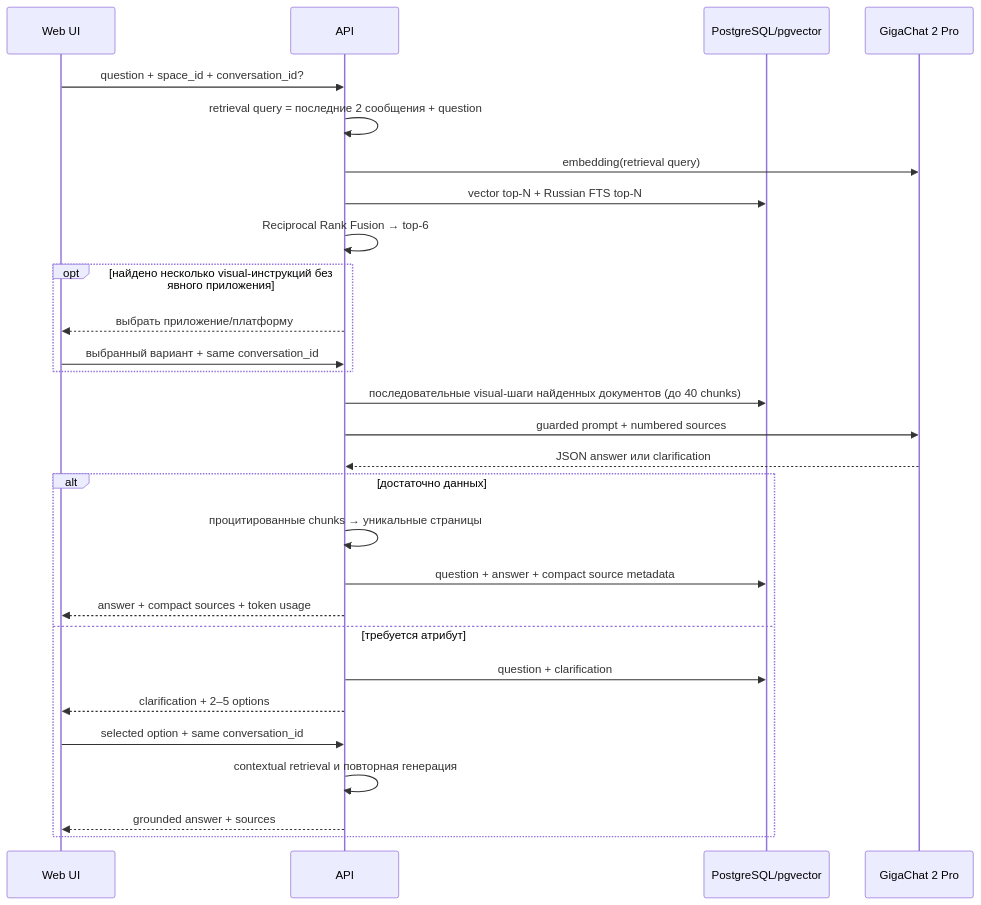
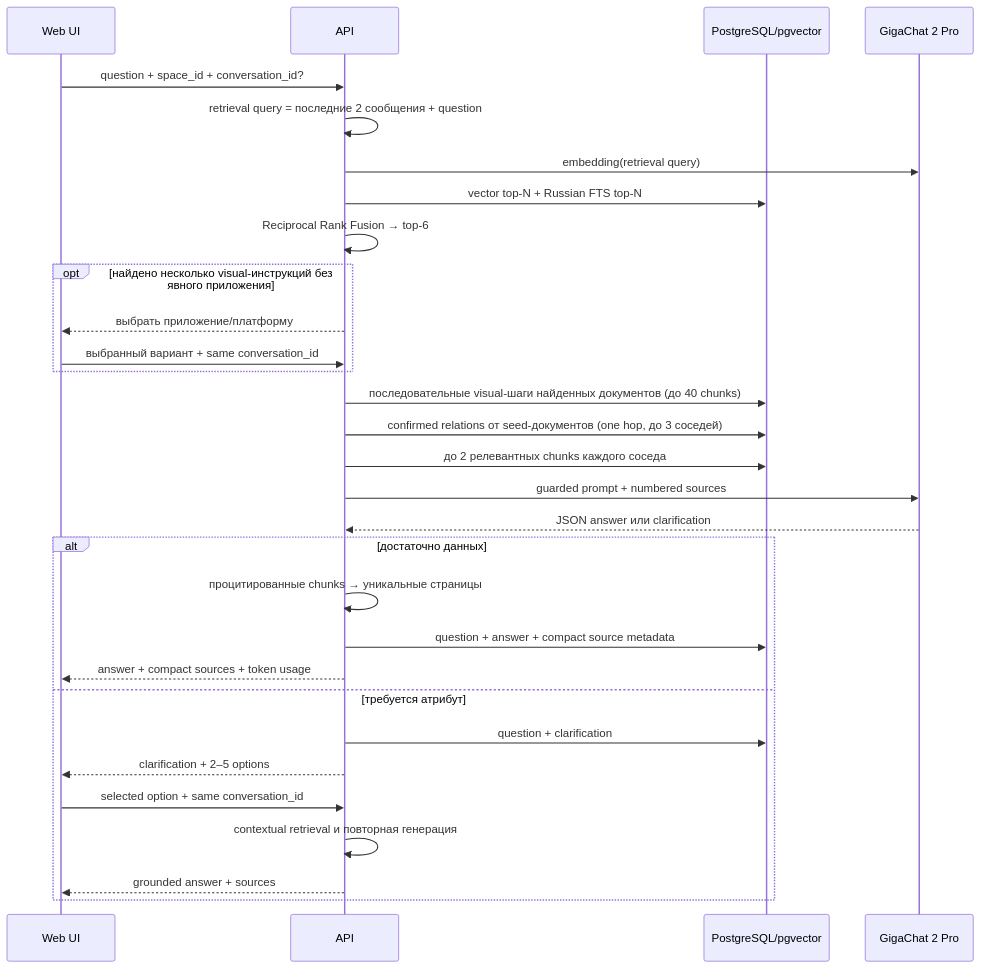
Before and after one commit to TBWTK/corporate-rag: the fourth of 4 diagrams in docs/ARCHITECTURE.md, drawn with Mermaid. The commit also changed other lines of this file and 21 other files, not shown here.

Commit message:
feat: add confirmed document relations

````diff
--- a/docs/ARCHITECTURE.md
+++ b/docs/ARCHITECTURE.md
@@ -98,30 +101,32 @@
 ```mermaid
 sequenceDiagram
   participant U as Web UI
   participant A as API
   participant D as PostgreSQL/pgvector
   participant G as GigaChat 2 Pro
   U->>A: question + space_id + conversation_id?
   A->>A: retrieval query = последние 2 сообщения + question
   A->>G: embedding(retrieval query)
   A->>D: vector top-N + Russian FTS top-N
   A->>A: Reciprocal Rank Fusion → top-6
   opt найдено несколько visual-инструкций без явного приложения
     A-->>U: выбрать приложение/платформу
     U->>A: выбранный вариант + same conversation_id
   end
   A->>D: последовательные visual-шаги найденных документов (до 40 chunks)
+  A->>D: confirmed relations от seed-документов (one hop, до 3 соседей)
+  A->>D: до 2 релевантных chunks каждого соседа
   A->>G: guarded prompt + numbered sources
   G-->>A: JSON answer или clarification
   alt достаточно данных
     A->>A: процитированные chunks → уникальные страницы
     A->>D: question + answer + compact source metadata
     A-->>U: answer + compact sources + token usage
   else требуется атрибут
     A->>D: question + clarification
     A-->>U: clarification + 2–5 options
     U->>A: selected option + same conversation_id
     A->>A: contextual retrieval и повторная генерация
     A-->>U: grounded answer + sources
   end
 ```
````
